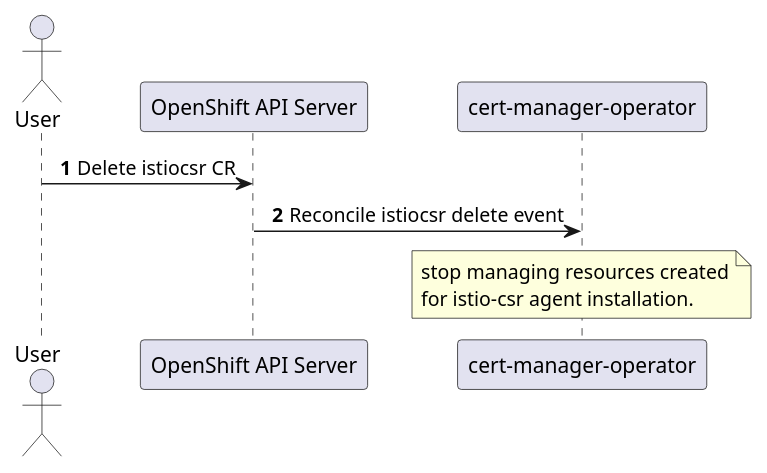
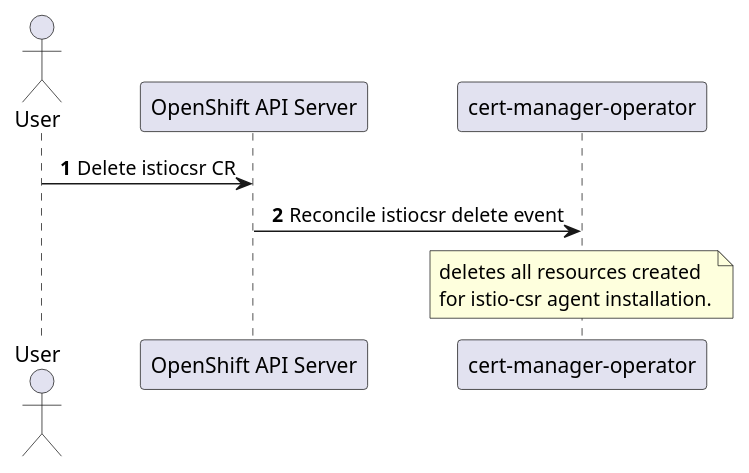
The diagram in enhancements/cert-manager/istio-csr-delete.puml (openshift/enhancements), drawn with PlantUML before and after one commit. The commit also changed 2 other files, not shown here.

```diff
--- a/enhancements/cert-manager/istio-csr-delete.puml
+++ b/enhancements/cert-manager/istio-csr-delete.puml
@@ -1,19 +1,19 @@
 @startuml
 'https://plantuml.com/sequence-diagram
 
 skinparam sequenceMessageAlign center
 
 autonumber
 
 actor User
 participant "OpenShift API Server" as API
 participant "cert-manager-operator" as Operator
 
 User -> API : Delete istiocsr CR
 API -> Operator : Reconcile istiocsr delete event
 note over Operator
-stop managing resources created
+deletes all resources created
 for istio-csr agent installation.
 endnote
 
 @enduml
```
